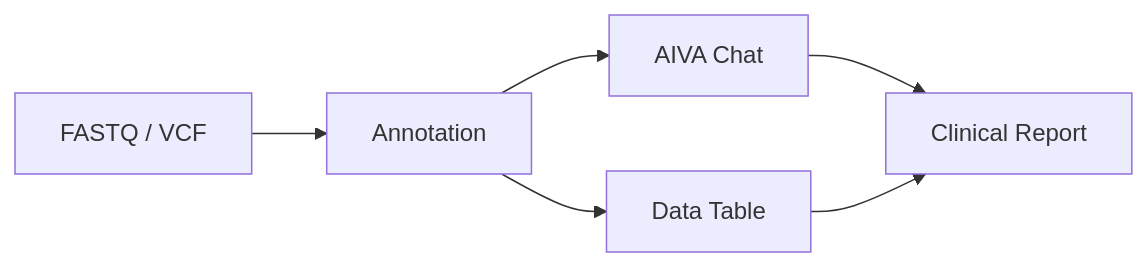
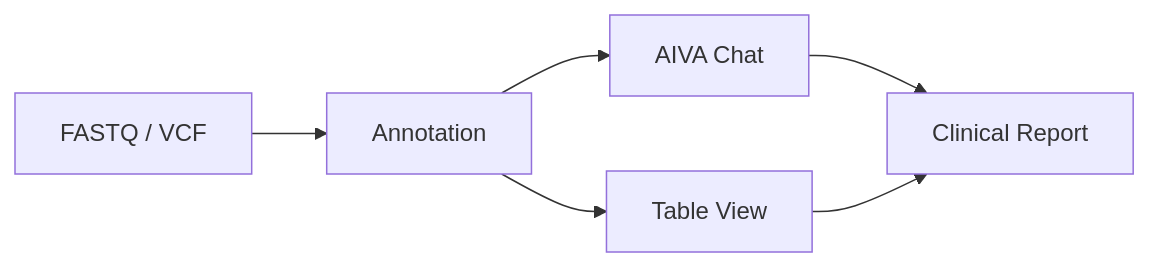
One commit to MHSPL/aiva-docs changed the diagram in docs/getting-started/platform-overview.md. Above: the diagram before and after it, drawn with Mermaid. The commit also changed other lines of this file and 29 other files, not shown here.

First line of the commit message:
Update terminology from "data table" to "table view" throughout documentation

````diff
--- a/docs/getting-started/platform-overview.md
+++ b/docs/getting-started/platform-overview.md
@@ -222,8 +222,8 @@
 ```mermaid
 flowchart LR
     A[FASTQ / VCF] --> B[Annotation]
     B --> C[AIVA Chat]
-    B --> D[Data Table]
+    B --> D[Table View]
     C --> E[Clinical Report]
     D --> E
 ```
````
